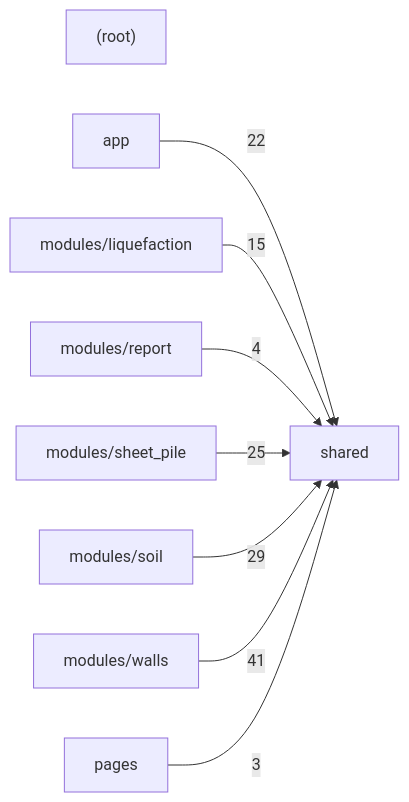
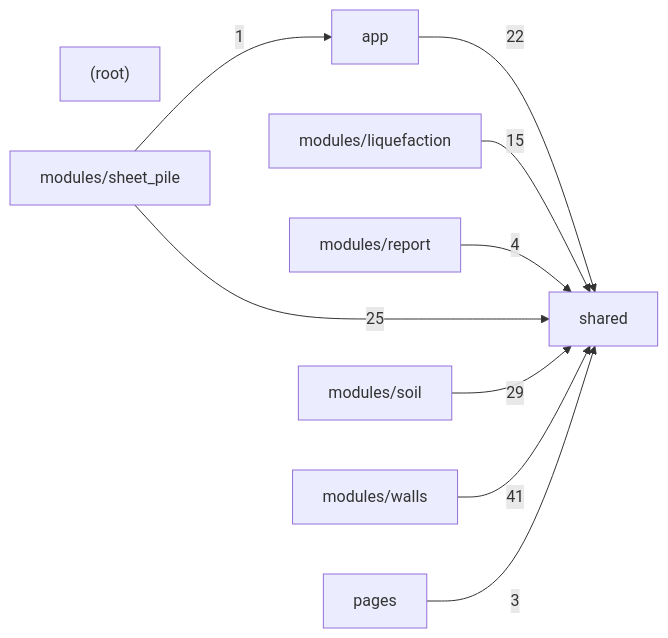
One commit to umutsertkaya/Foundation_Engineering_Program changed the second of 2 diagrams in docs/CODE_MAP.md. Above: the diagram before and after it, drawn with Mermaid. The commit also changed other lines of this file and 1 other file, not shown here.

Commit message:
T9 step4a: sheet pile model fields depth_increase, anchor_spacing/inclination, front_water_depth (defaults unchanged)

````diff
--- a/docs/CODE_MAP.md
+++ b/docs/CODE_MAP.md
@@ -557,19 +557,20 @@
 ```mermaid
 graph LR
   _root_["(root)"]
   app["app"]
   modules_liquefaction["modules/liquefaction"]
   modules_report["modules/report"]
   modules_sheet_pile["modules/sheet_pile"]
   modules_soil["modules/soil"]
   modules_walls["modules/walls"]
   pages["pages"]
   shared["shared"]
   app -->|22| shared
   modules_liquefaction -->|15| shared
   modules_report -->|4| shared
+  modules_sheet_pile -->|1| app
   modules_sheet_pile -->|25| shared
   modules_soil -->|29| shared
   modules_walls -->|41| shared
   pages -->|3| shared
 ```
````
